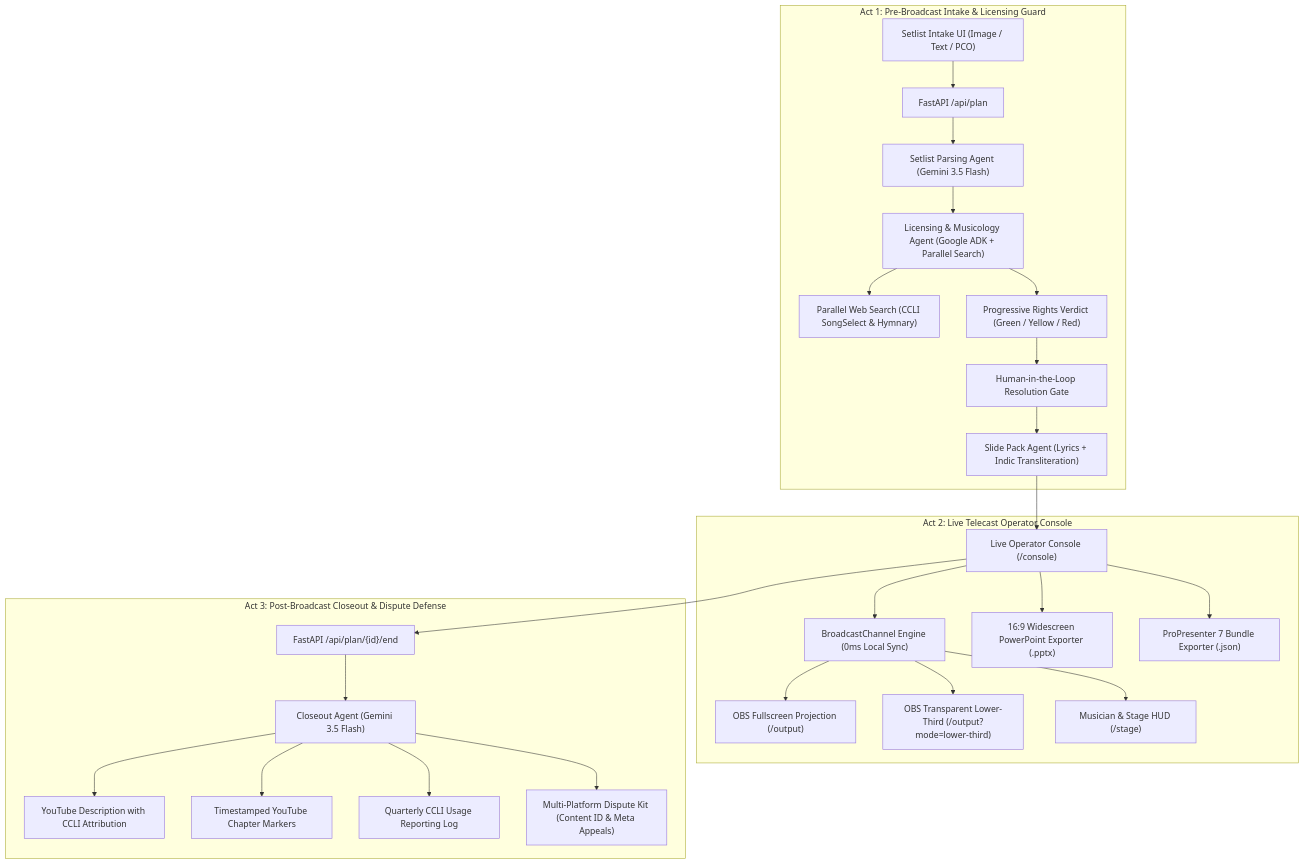
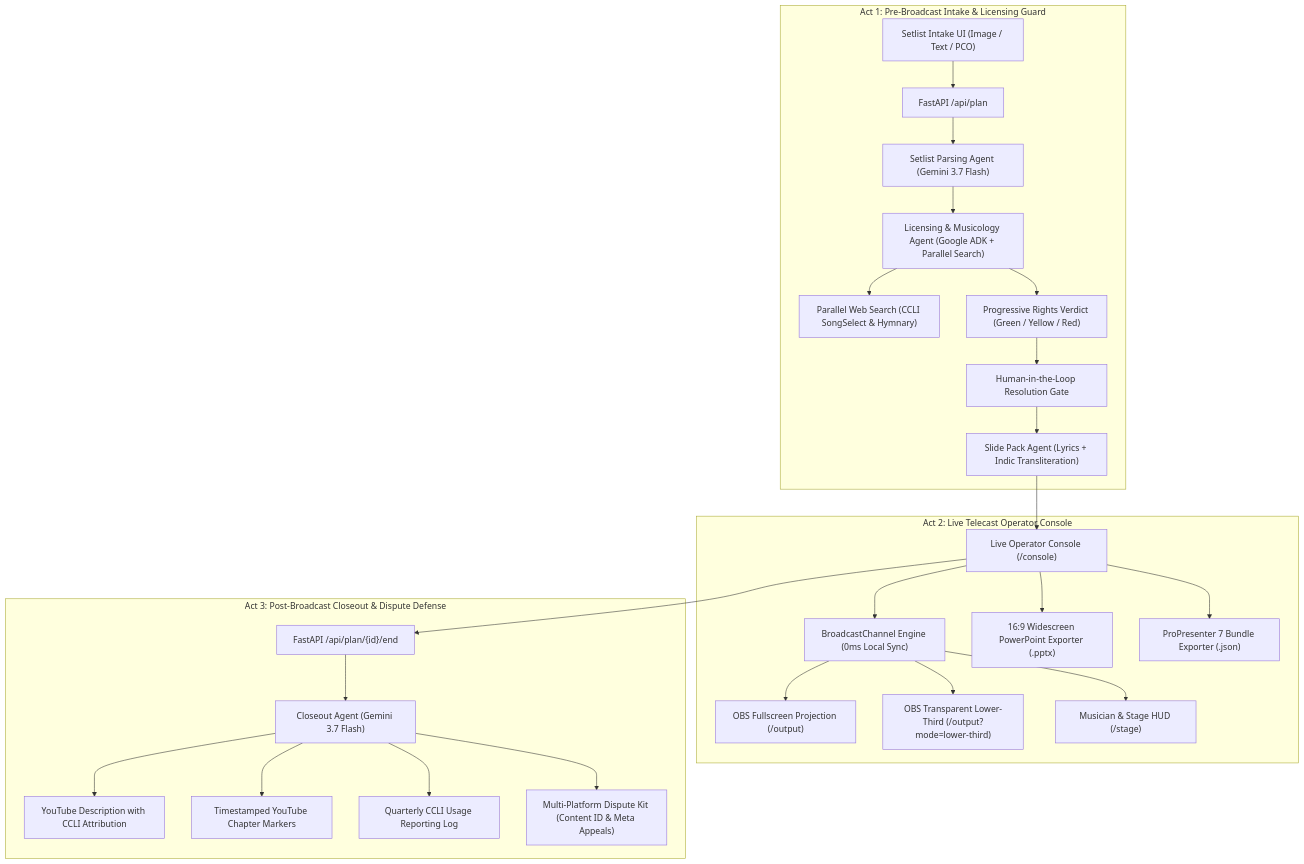
Before and after one commit to N-45div/Selah: the first of 5 diagrams in ARCHITECTURE.md, drawn with Mermaid. The commit also changed other lines of this file and 1 other file, not shown here.

Commit message:
docs: update architecture spec and badges to Gemini 3.7 Flash

````diff
--- a/ARCHITECTURE.md
+++ b/ARCHITECTURE.md
@@ -9,31 +9,31 @@
 ```mermaid
 graph TD
     subgraph "Act 1: Pre-Broadcast Intake & Licensing Guard"
         UI_In["Setlist Intake UI (Image / Text / PCO)"] --> API_Plan["FastAPI /api/plan"]
-        API_Plan --> SetlistAgent["Setlist Parsing Agent (Gemini 3.5 Flash)"]
+        API_Plan --> SetlistAgent["Setlist Parsing Agent (Gemini 3.7 Flash)"]
         SetlistAgent --> LicAgent["Licensing & Musicology Agent (Google ADK + Parallel Search)"]
         LicAgent --> CCLI_DB["Parallel Web Search (CCLI SongSelect & Hymnary)"]
         LicAgent --> GuardVerdict["Progressive Rights Verdict (Green / Yellow / Red)"]
         GuardVerdict --> HumanInLoop["Human-in-the-Loop Resolution Gate"]
         HumanInLoop --> PackAgent["Slide Pack Agent (Lyrics + Indic Transliteration)"]
     end
 
     subgraph "Act 2: Live Telecast Operator Console"
         PackAgent --> LiveConsole["Live Operator Console (/console)"]
         LiveConsole --> BC_Chan["BroadcastChannel Engine (0ms Local Sync)"]
         BC_Chan --> OutputScreen["OBS Fullscreen Projection (/output)"]
         BC_Chan --> LowerThird["OBS Transparent Lower-Third (/output?mode=lower-third)"]
         BC_Chan --> StageHUD["Musician & Stage HUD (/stage)"]
         LiveConsole --> PPTX["16:9 Widescreen PowerPoint Exporter (.pptx)"]
         LiveConsole --> Pro7["ProPresenter 7 Bundle Exporter (.json)"]
     end
 
     subgraph "Act 3: Post-Broadcast Closeout & Dispute Defense"
         LiveConsole --> CloseoutAPI["FastAPI /api/plan/{id}/end"]
-        CloseoutAPI --> CloseoutAgent["Closeout Agent (Gemini 3.5 Flash)"]
+        CloseoutAPI --> CloseoutAgent["Closeout Agent (Gemini 3.7 Flash)"]
         CloseoutAgent --> YT_Desc["YouTube Description with CCLI Attribution"]
         CloseoutAgent --> Chapters["Timestamped YouTube Chapter Markers"]
         CloseoutAgent --> CCLI_Log["Quarterly CCLI Usage Reporting Log"]
         CloseoutAgent --> DisputeKit["Multi-Platform Dispute Kit (Content ID & Meta Appeals)"]
     end
 ```
````
